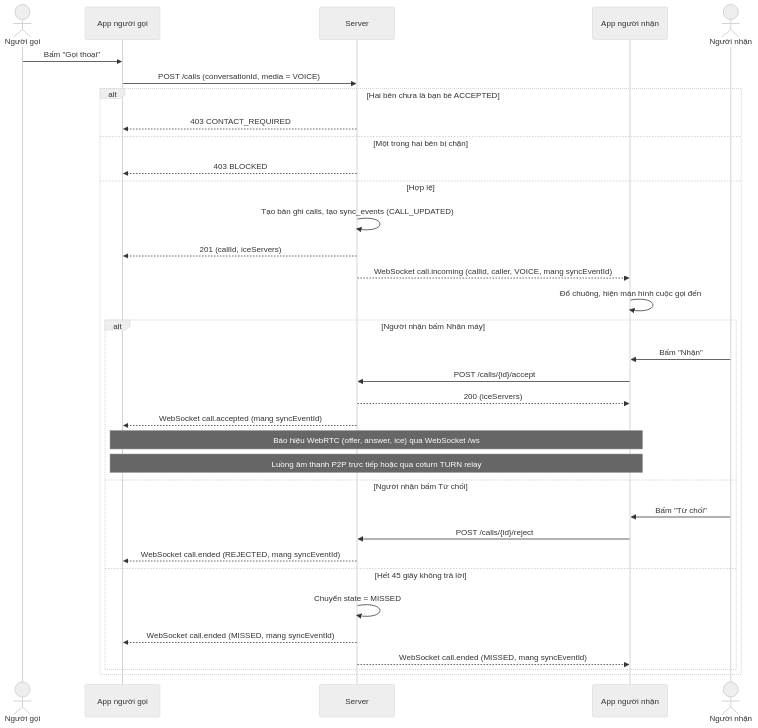
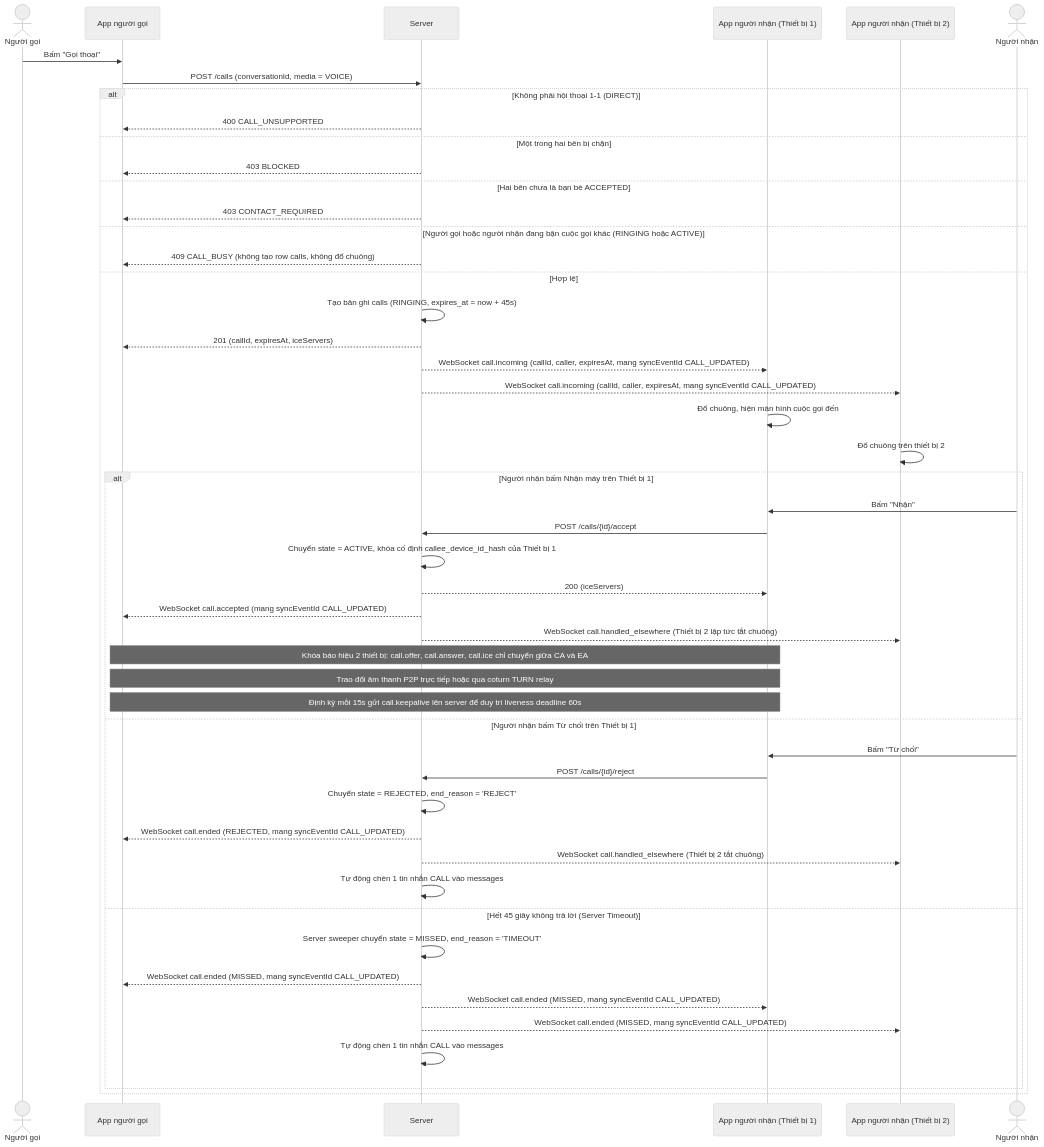
The ninth of 10 diagrams in docs/FLOWS.md (Project-Mobile-TEAM/Project_Mobile), drawn with Mermaid (neutral theme) before and after one commit. The commit also changed other lines of this file and 16 other files, not shown here.

Commit message:
feat(phase6): complete 06-01 media storage, range streaming, location tracer and V6 schema

````diff
--- a/docs/FLOWS.md
+++ b/docs/FLOWS.md
@@ -365,36 +378,51 @@
 ```mermaid
 sequenceDiagram
     actor C as Người gọi
     participant CA as App người gọi
     participant S as Server
-    participant EA as App người nhận
+    participant EA as App người nhận (Thiết bị 1)
+    participant EA2 as App người nhận (Thiết bị 2)
     actor E as Người nhận
     C->>CA: Bấm "Gọi thoại"
     CA->>S: POST /calls (conversationId, media = VOICE)
-    alt Hai bên chưa là bạn bè ACCEPTED
-        S-->>CA: 403 CONTACT_REQUIRED
+    alt Không phải hội thoại 1-1 (DIRECT)
+        S-->>CA: 400 CALL_UNSUPPORTED
     else Một trong hai bên bị chặn
         S-->>CA: 403 BLOCKED
+    else Hai bên chưa là bạn bè ACCEPTED
+        S-->>CA: 403 CONTACT_REQUIRED
+    else Người gọi hoặc người nhận đang bận cuộc gọi khác (RINGING hoặc ACTIVE)
+        S-->>CA: 409 CALL_BUSY (không tạo row calls, không đổ chuông)
     else Hợp lệ
-        S->>S: Tạo bản ghi calls, tạo sync_events (CALL_UPDATED)
-        S-->>CA: 201 (callId, iceServers)
-        S-->>EA: WebSocket call.incoming (callId, caller, VOICE, mang syncEventId)
+        S->>S: Tạo bản ghi calls (RINGING, expires_at = now + 45s)
+        S-->>CA: 201 (callId, expiresAt, iceServers)
+        S-->>EA: WebSocket call.incoming (callId, caller, expiresAt, mang syncEventId CALL_UPDATED)
+        S-->>EA2: WebSocket call.incoming (callId, caller, expiresAt, mang syncEventId CALL_UPDATED)
         EA->>EA: Đổ chuông, hiện màn hình cuộc gọi đến
-        alt Người nhận bấm Nhận máy
+        EA2->>EA2: Đổ chuông trên thiết bị 2
+        alt Người nhận bấm Nhận máy trên Thiết bị 1
             E->>EA: Bấm "Nhận"
             EA->>S: POST /calls/{id}/accept
+            S->>S: Chuyển state = ACTIVE, khóa cố định callee_device_id_hash của Thiết bị 1
             S-->>EA: 200 (iceServers)
-            S-->>CA: WebSocket call.accepted (mang syncEventId)
-            Note over CA,EA: Báo hiệu WebRTC (offer, answer, ice) qua WebSocket /ws
-            Note over CA,EA: Luồng âm thanh P2P trực tiếp hoặc qua coturn TURN relay
-        else Người nhận bấm Từ chối
+            S-->>CA: WebSocket call.accepted (mang syncEventId CALL_UPDATED)
+            S-->>EA2: WebSocket call.handled_elsewhere (Thiết bị 2 lập tức tắt chuông)
+            Note over CA,EA: Khóa báo hiệu 2 thiết bị: call.offer, call.answer, call.ice chỉ chuyển giữa CA và EA
+            Note over CA,EA: Trao đổi âm thanh P2P trực tiếp hoặc qua coturn TURN relay
+            Note over CA,EA: Định kỳ mỗi 15s gửi call.keepalive lên server để duy trì liveness deadline 60s
+        else Người nhận bấm Từ chối trên Thiết bị 1
             E->>EA: Bấm "Từ chối"
             EA->>S: POST /calls/{id}/reject
-            S-->>CA: WebSocket call.ended (REJECTED, mang syncEventId)
-        else Hết 45 giây không trả lời
-            S->>S: Chuyển state = MISSED
-            S-->>CA: WebSocket call.ended (MISSED, mang syncEventId)
-            S-->>EA: WebSocket call.ended (MISSED, mang syncEventId)
+            S->>S: Chuyển state = REJECTED, end_reason = 'REJECT'
+            S-->>CA: WebSocket call.ended (REJECTED, mang syncEventId CALL_UPDATED)
+            S-->>EA2: WebSocket call.handled_elsewhere (Thiết bị 2 tắt chuông)
+            S->>S: Tự động chèn 1 tin nhắn CALL vào messages
+        else Hết 45 giây không trả lời (Server Timeout)
+            S->>S: Server sweeper chuyển state = MISSED, end_reason = 'TIMEOUT'
+            S-->>CA: WebSocket call.ended (MISSED, mang syncEventId CALL_UPDATED)
+            S-->>EA: WebSocket call.ended (MISSED, mang syncEventId CALL_UPDATED)
+            S-->>EA2: WebSocket call.ended (MISSED, mang syncEventId CALL_UPDATED)
+            S->>S: Tự động chèn 1 tin nhắn CALL vào messages
         end
     end
 ```
````
